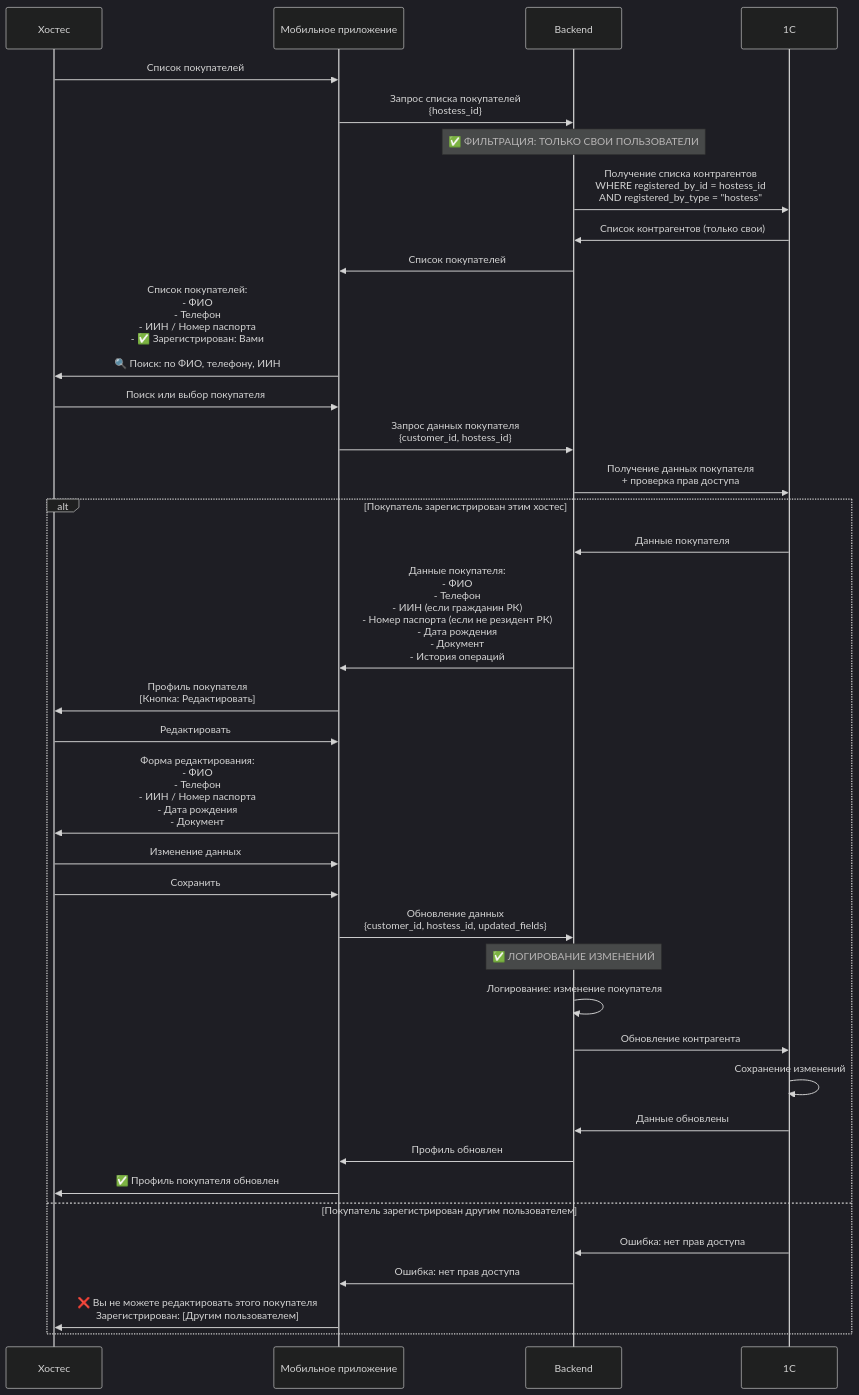
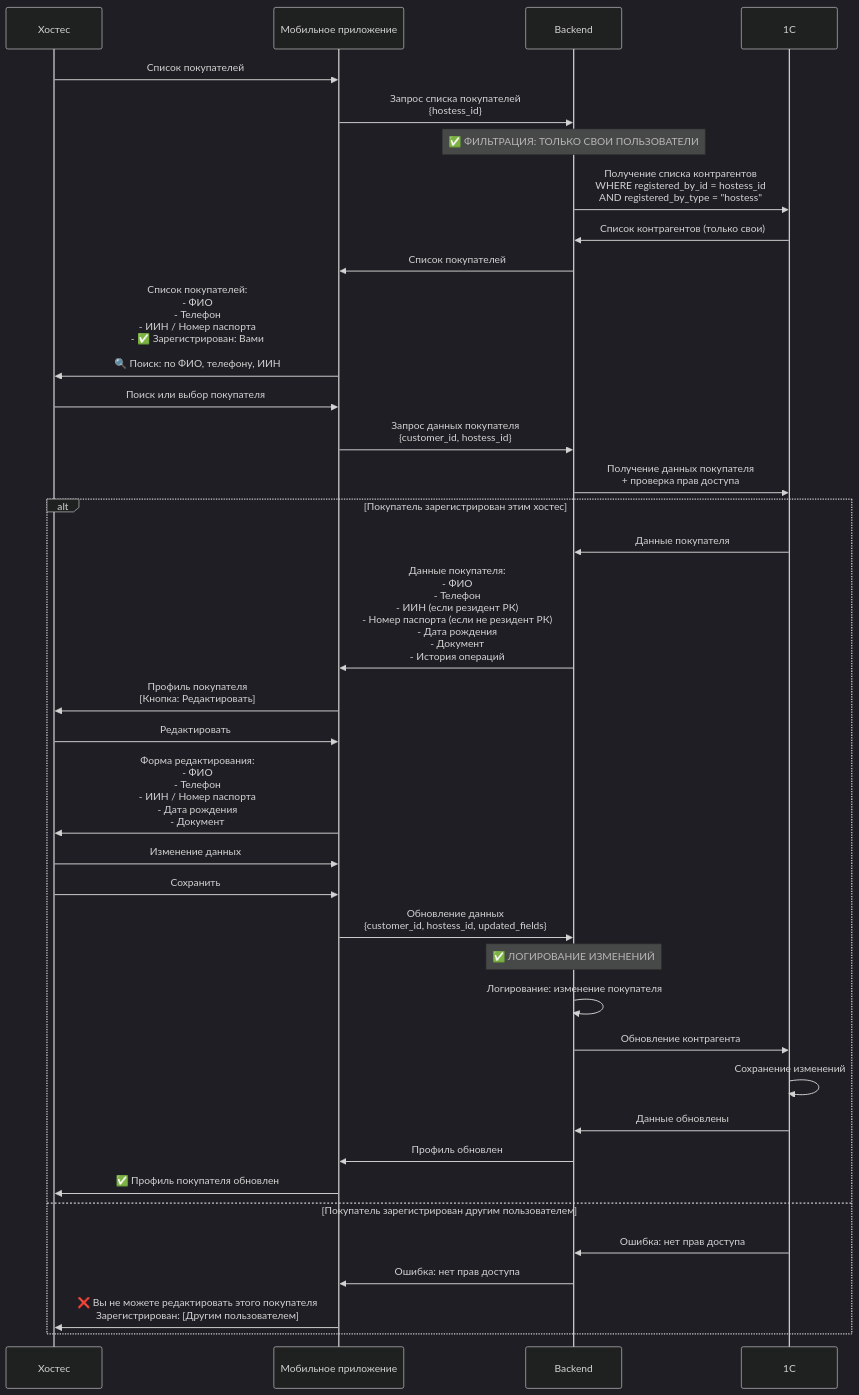
Before and after one commit to retsaftu/ktng-mobile-demo: the seventh of 14 diagrams in tz.md, drawn with Mermaid (dark theme). The commit also changed other lines of this file and 2 other files, not shown here.

Commit message:
Единая формулировка: «Резидент РК» / «Не резидент РК» вместо «гражданин» и «нерезидент»

````diff
--- a/tz.md
+++ b/tz.md
@@ -713,62 +713,62 @@
 ```mermaid
 sequenceDiagram
     participant Hostess as Хостес
     participant App as Мобильное приложение
     participant Backend as Backend
     participant OneC as 1С
 
     Hostess->>App: Список покупателей
     
     App->>Backend: Запрос списка покупателей<br/>{hostess_id}
     
     Note over Backend: ✅ ФИЛЬТРАЦИЯ: ТОЛЬКО СВОИ ПОЛЬЗОВАТЕЛИ
     Backend->>OneC: Получение списка контрагентов<br/>WHERE registered_by_id = hostess_id<br/>AND registered_by_type = "hostess"
     
     OneC->>Backend: Список контрагентов (только свои)
     
     Backend->>App: Список покупателей
     
     App->>Hostess: Список покупателей:<br/>- ФИО<br/>- Телефон<br/>- ИИН / Номер паспорта<br/>- ✅ Зарегистрирован: Вами<br/><br/>🔍 Поиск: по ФИО, телефону, ИИН
     
     Hostess->>App: Поиск или выбор покупателя
     
     App->>Backend: Запрос данных покупателя<br/>{customer_id, hostess_id}
     
     Backend->>OneC: Получение данных покупателя<br/>+ проверка прав доступа
     
     alt Покупатель зарегистрирован этим хостес
         OneC->>Backend: Данные покупателя
         
-        Backend->>App: Данные покупателя:<br/>- ФИО<br/>- Телефон<br/>- ИИН (если гражданин РК)<br/>- Номер паспорта (если не резидент РК)<br/>- Дата рождения<br/>- Документ<br/>- История операций
+        Backend->>App: Данные покупателя:<br/>- ФИО<br/>- Телефон<br/>- ИИН (если резидент РК)<br/>- Номер паспорта (если не резидент РК)<br/>- Дата рождения<br/>- Документ<br/>- История операций
         
         App->>Hostess: Профиль покупателя<br/>[Кнопка: Редактировать]
         
         Hostess->>App: Редактировать
         
         App->>Hostess: Форма редактирования:<br/>- ФИО<br/>- Телефон<br/>- ИИН / Номер паспорта<br/>- Дата рождения<br/>- Документ
         
         Hostess->>App: Изменение данных
         
         Hostess->>App: Сохранить
         
         App->>Backend: Обновление данных<br/>{customer_id, hostess_id, updated_fields}
         
         Note over Backend: ✅ ЛОГИРОВАНИЕ ИЗМЕНЕНИЙ
         Backend->>Backend: Логирование: изменение покупателя
         
         Backend->>OneC: Обновление контрагента
         
         OneC->>OneC: Сохранение изменений
         
         OneC->>Backend: Данные обновлены
         
         Backend->>App: Профиль обновлен
         
         App->>Hostess: ✅ Профиль покупателя обновлен
         
     else Покупатель зарегистрирован другим пользователем
         OneC->>Backend: Ошибка: нет прав доступа
         Backend->>App: Ошибка: нет прав доступа
         App->>Hostess: ❌ Вы не можете редактировать этого покупателя<br/>Зарегистрирован: [Другим пользователем]
     end
 ```
````
